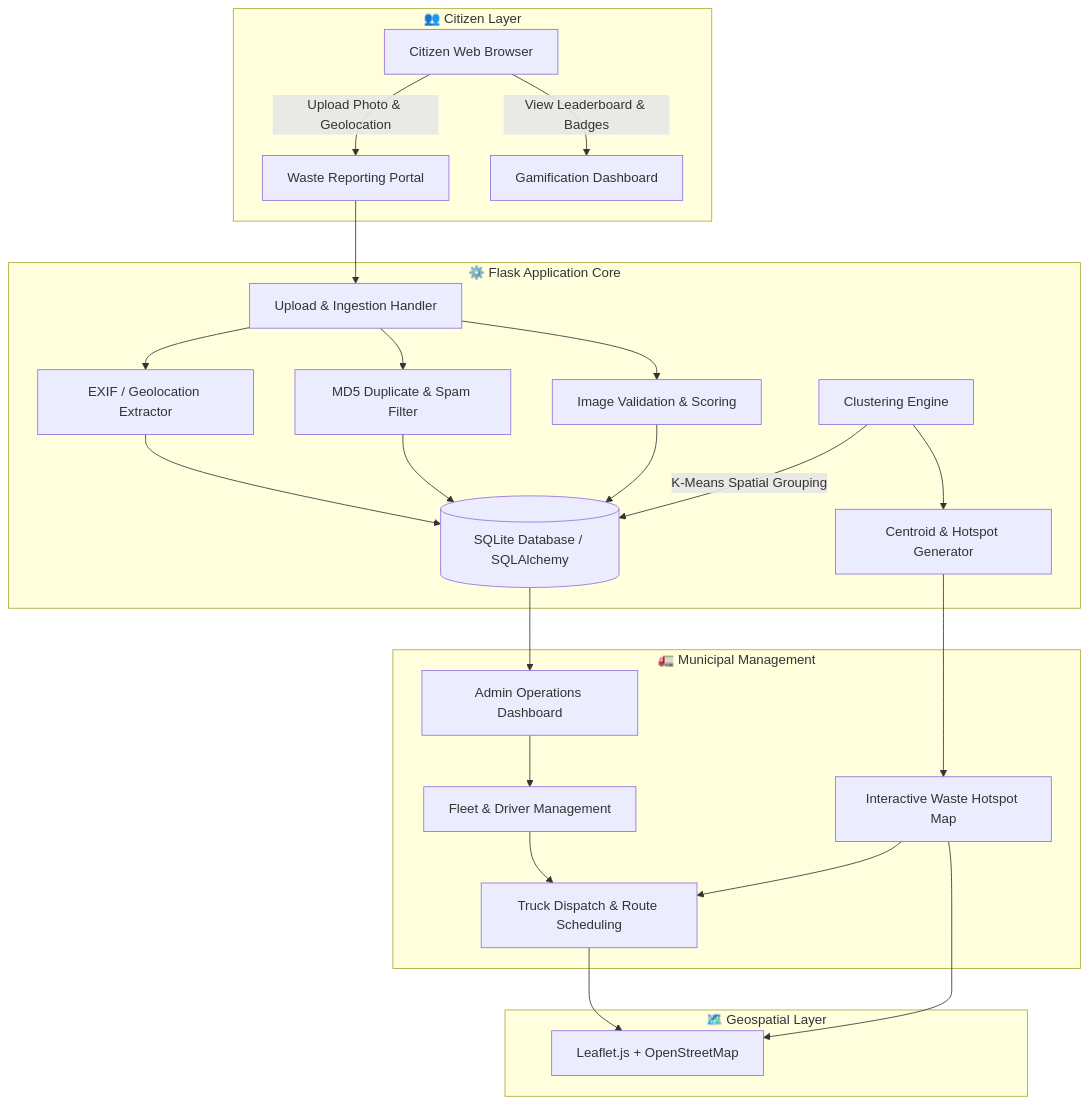
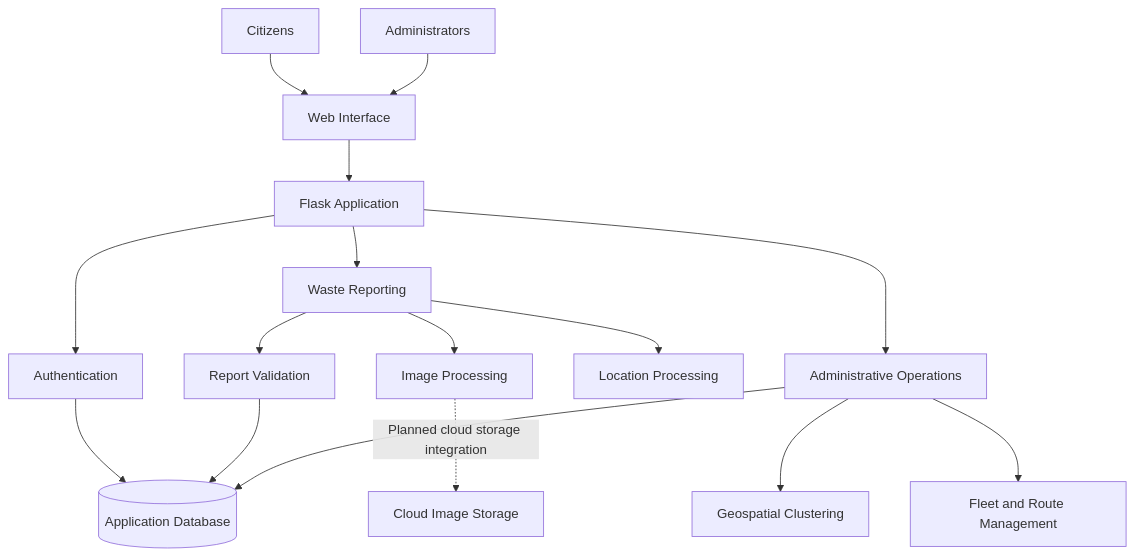
Before and after one commit to meliorism01/CiviClean: the first of 2 diagrams in README.md, drawn with Mermaid. The commit also changed other lines of this file and 14 other files, not shown here.

````diff
--- a/README.md
+++ b/README.md
@@ -44,31 +135,24 @@
 ```mermaid
 flowchart TD
-    subgraph Citizens["👥 Citizen Layer"]
-        A[Citizen Web Browser] -->|Upload Photo & Geolocation| B[Waste Reporting Portal]
-        A -->|View Leaderboard & Badges| C[Gamification Dashboard]
-    end
+    A[Citizens] --> B[Web Interface]
+    C[Administrators] --> B
 
-    subgraph Backend["⚙️ Flask Application Core"]
-        B --> D[Upload & Ingestion Handler]
-        D --> E[EXIF / Geolocation Extractor]
-        D --> F[MD5 Duplicate & Spam Filter]
-        D --> G[Image Validation & Scoring]
-        
-        E & F & G --> H[(SQLite Database / SQLAlchemy)]
-        
-        I[Clustering Engine] -->|K-Means Spatial Grouping| H
-        I --> J[Centroid & Hotspot Generator]
-    end
+    B --> D[Flask Application]
 
-    subgraph Administration["🚛 Municipal Management"]
-        H --> K[Admin Operations Dashboard]
-        J --> L[Interactive Waste Hotspot Map]
-        K --> M[Fleet & Driver Management]
-        L & M --> N[Truck Dispatch & Route Scheduling]
-    end
+    D --> E[Authentication]
+    D --> F[Waste Reporting]
+    D --> G[Administrative Operations]
 
-    subgraph Mapping["🗺️ Geospatial Layer"]
-        L --> O[Leaflet.js + OpenStreetMap]
-        N --> O
-    end
+    F --> H[Image Processing]
+    F --> I[Location Processing]
+    F --> J[Report Validation]
+
+    E --> K[(Application Database)]
+    J --> K
+    G --> K
+
+    G --> L[Geospatial Clustering]
+    G --> M[Fleet and Route Management]
+
+    H -. Planned cloud storage integration .-> N[Cloud Image Storage]
 ```
````
